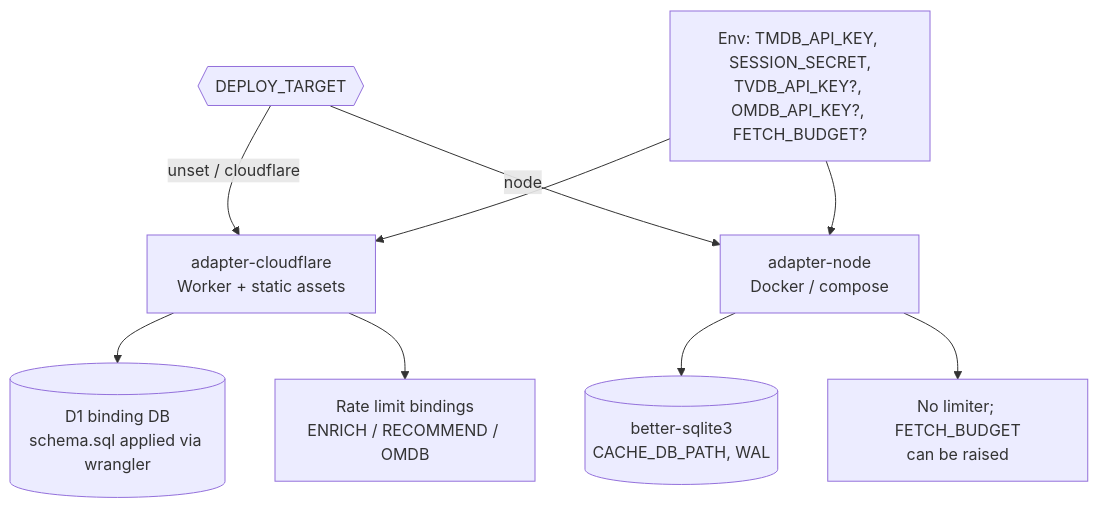
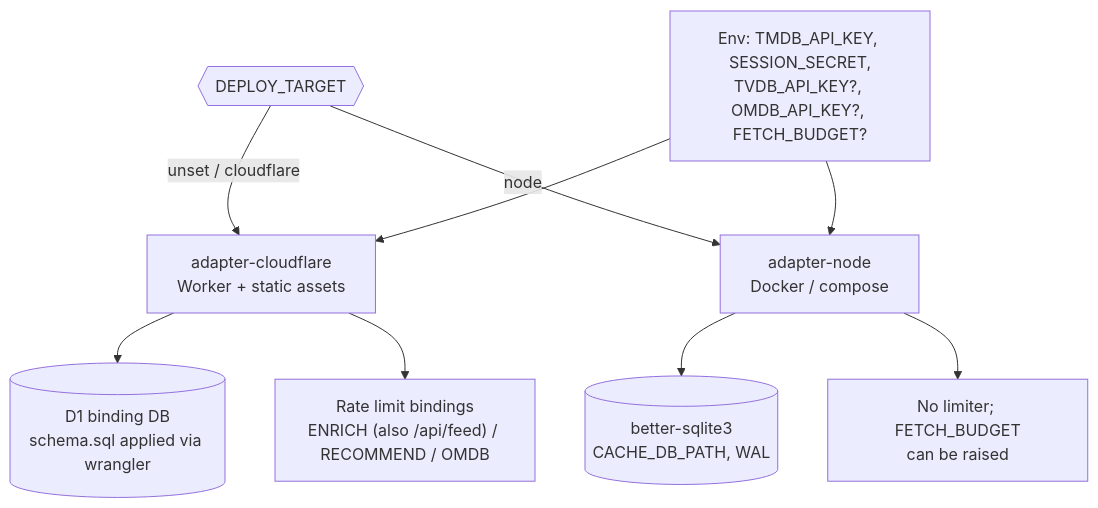
Before and after one commit to LaurinSorgend/letterboxd-vizard: diagram 13 of 26 in docs/ARCHITECTURE.md, drawn with Mermaid. The commit also changed other lines of this file, not shown here.

Commit message:
Document the username and RSS feed paths in the architecture doc

````diff
--- a/docs/ARCHITECTURE.md
+++ b/docs/ARCHITECTURE.md
@@ -464,13 +510,13 @@
 ```mermaid
 flowchart TD
     env{{DEPLOY_TARGET}}
     env -- "unset / cloudflare" --> cf["adapter-cloudflare<br/>Worker + static assets"]
     env -- node --> nd["adapter-node<br/>Docker / compose"]
 
     cf --> d1[("D1 binding DB<br/>schema.sql applied via wrangler")]
-    cf --> rl["Rate limit bindings<br/>ENRICH / RECOMMEND / OMDB"]
+    cf --> rl["Rate limit bindings<br/>ENRICH (also /api/feed) / RECOMMEND / OMDB"]
     nd --> sq[("better-sqlite3<br/>CACHE_DB_PATH, WAL")]
     nd --> nb["No limiter; FETCH_BUDGET<br/>can be raised"]
 
     cfg["Env: TMDB_API_KEY, SESSION_SECRET,<br/>TVDB_API_KEY?, OMDB_API_KEY?, FETCH_BUDGET?"] --> cf & nd
 ```
````
